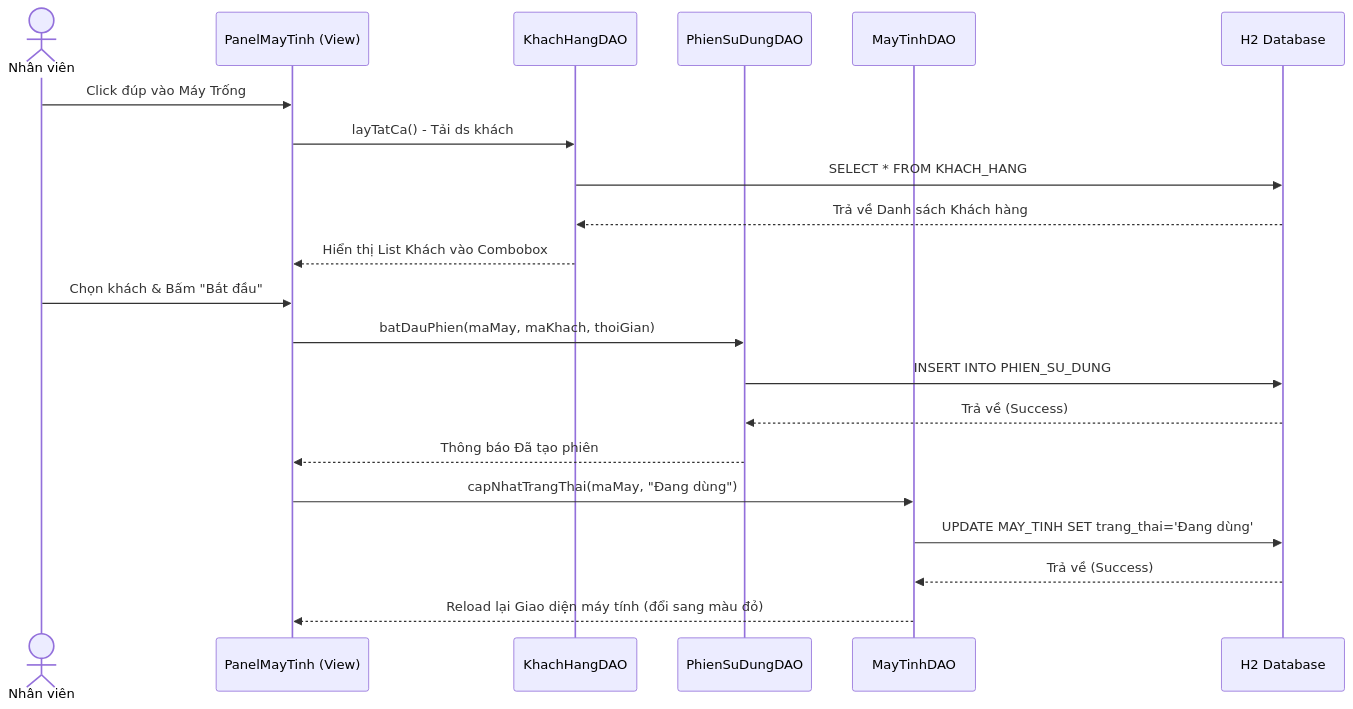
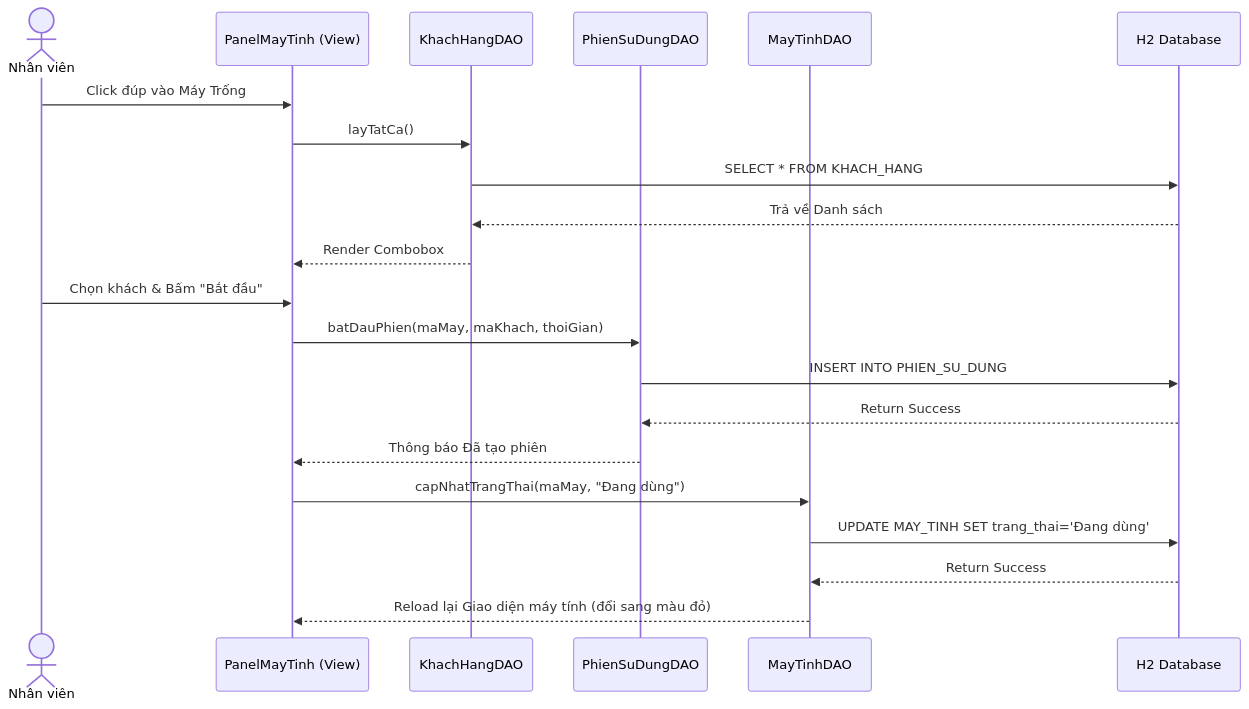
Before and after one commit to phhuyen1109/BTL: the second of 4 diagrams in BaoCao_SAD_CyberNet/Chuong_2_Phan_Tich.md, drawn with Mermaid. The commit also changed other lines of this file and 3 other files, not shown here.

Commit message:
Bổ sung hàng loạt biểu đồ UML (Activity, State, Deployment)

````diff
--- a/BaoCao_SAD_CyberNet/Chuong_2_Phan_Tich.md
+++ b/BaoCao_SAD_CyberNet/Chuong_2_Phan_Tich.md
@@ -44,28 +51,28 @@
 ```mermaid
 sequenceDiagram
     actor Staff as Nhân viên
     participant View as PanelMayTinh (View)
     participant DAO_KH as KhachHangDAO
     participant DAO_Phien as PhienSuDungDAO
     participant DAO_May as MayTinhDAO
     participant DB as H2 Database
 
     Staff->>View: Click đúp vào Máy Trống
-    View->>DAO_KH: layTatCa() - Tải ds khách
+    View->>DAO_KH: layTatCa()
     DAO_KH->>DB: SELECT * FROM KHACH_HANG
-    DB-->>DAO_KH: Trả về Danh sách Khách hàng
-    DAO_KH-->>View: Hiển thị List Khách vào Combobox
+    DB-->>DAO_KH: Trả về Danh sách
+    DAO_KH-->>View: Render Combobox
     
     Staff->>View: Chọn khách & Bấm "Bắt đầu"
     View->>DAO_Phien: batDauPhien(maMay, maKhach, thoiGian)
     DAO_Phien->>DB: INSERT INTO PHIEN_SU_DUNG
-    DB-->>DAO_Phien: Trả về (Success)
+    DB-->>DAO_Phien: Return Success
     
     DAO_Phien-->>View: Thông báo Đã tạo phiên
     
     View->>DAO_May: capNhatTrangThai(maMay, "Đang dùng")
     DAO_May->>DB: UPDATE MAY_TINH SET trang_thai='Đang dùng'
-    DB-->>DAO_May: Trả về (Success)
+    DB-->>DAO_May: Return Success
     
     DAO_May-->>View: Reload lại Giao diện máy tính (đổi sang màu đỏ)
 ```
````
